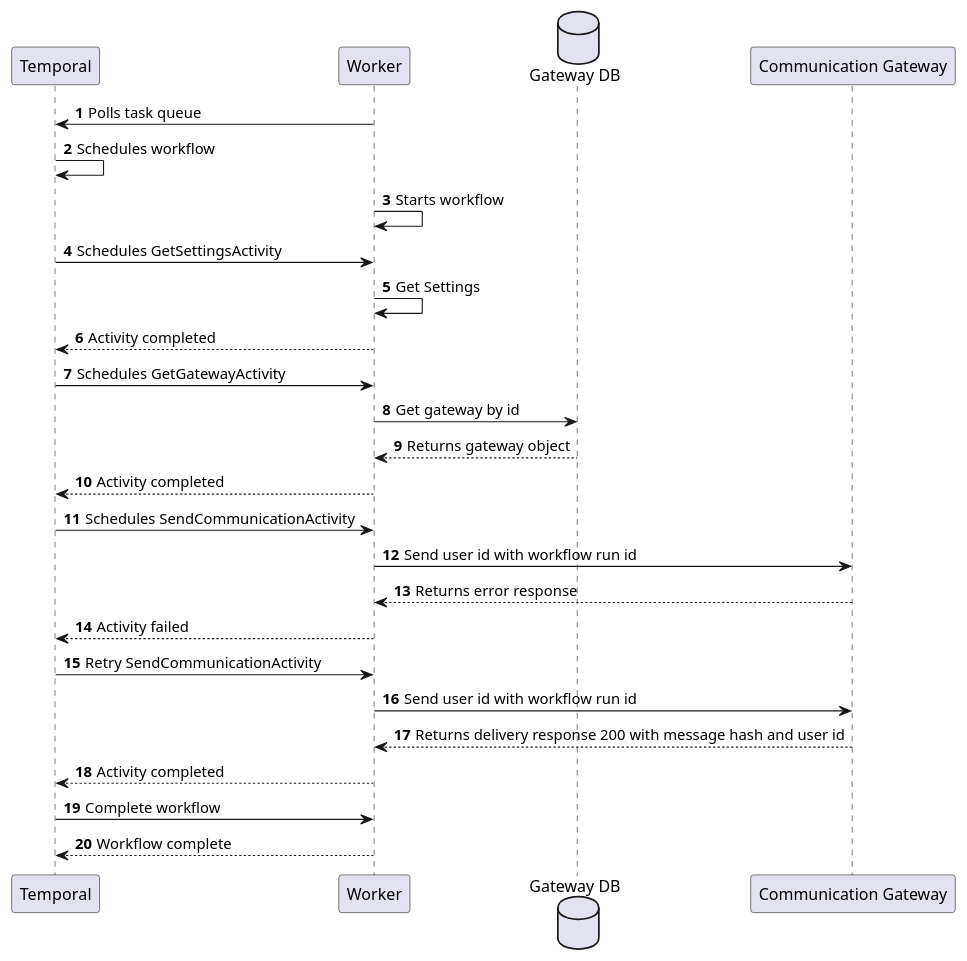
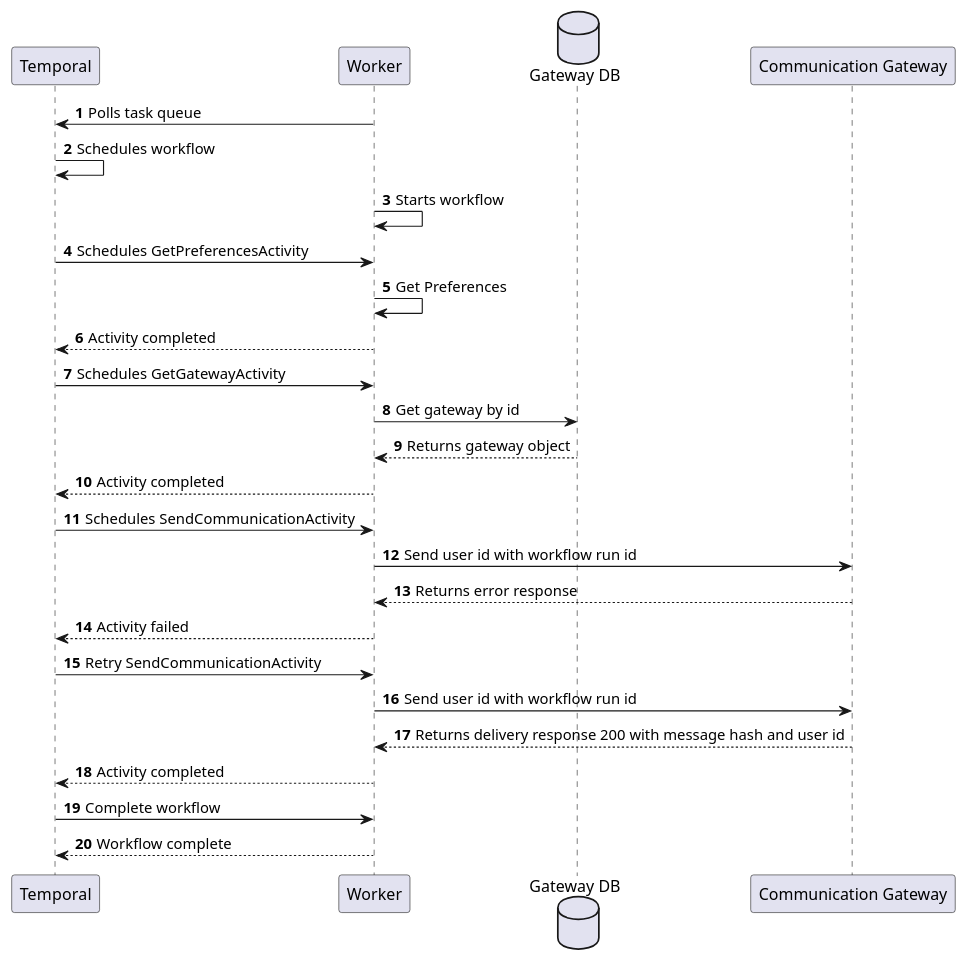
One commit to CameronWard301/communication_scheduler changed the diagram in Designs/Sequence Diagrams/SendCommunicationHandleError.puml. Above: the diagram before and after it, drawn with PlantUML. The commit also changed 40 other files, not shown here.

Commit message:
Updated diagrams and images

```diff
--- a/Designs/Sequence Diagrams/SendCommunicationHandleError.puml
+++ b/Designs/Sequence Diagrams/SendCommunicationHandleError.puml
@@ -1,31 +1,31 @@
 @startuml Create New Workflow
 
 participant "Temporal" as temporal
 participant "Worker" as worker
 database "Gateway DB" as gwdb
 
 participant "Communication Gateway" as cgw
 
 autonumber
 
 worker -> temporal: Polls task queue
 temporal -> temporal: Schedules workflow
 worker -> worker: Starts workflow
-temporal -> worker: Schedules GetSettingsActivity
-worker -> worker: Get Settings
+temporal -> worker: Schedules GetPreferencesActivity
+worker -> worker: Get Preferences
 worker --> temporal: Activity completed
 temporal -> worker: Schedules GetGatewayActivity
 worker -> gwdb: Get gateway by id
 gwdb --> worker: Returns gateway object
 worker --> temporal: Activity completed
 temporal -> worker: Schedules SendCommunicationActivity
 worker -> cgw: Send user id with workflow run id
 cgw --> worker: Returns error response
 worker --> temporal: Activity failed
 temporal -> worker: Retry SendCommunicationActivity
 worker -> cgw: Send user id with workflow run id
 cgw --> worker: Returns delivery response 200 with message hash and user id
 worker --> temporal: Activity completed
 temporal -> worker: Complete workflow
 worker --> temporal: Workflow complete
 @enduml
```
